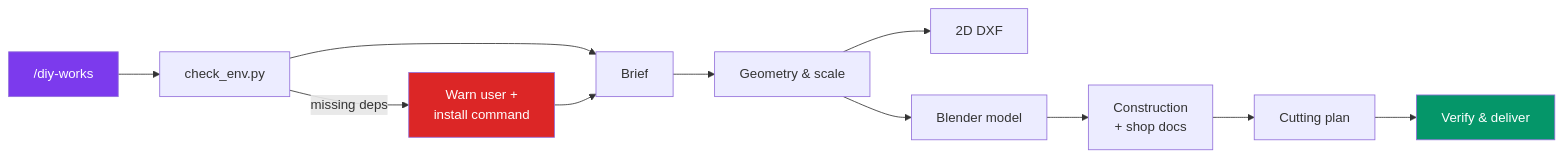
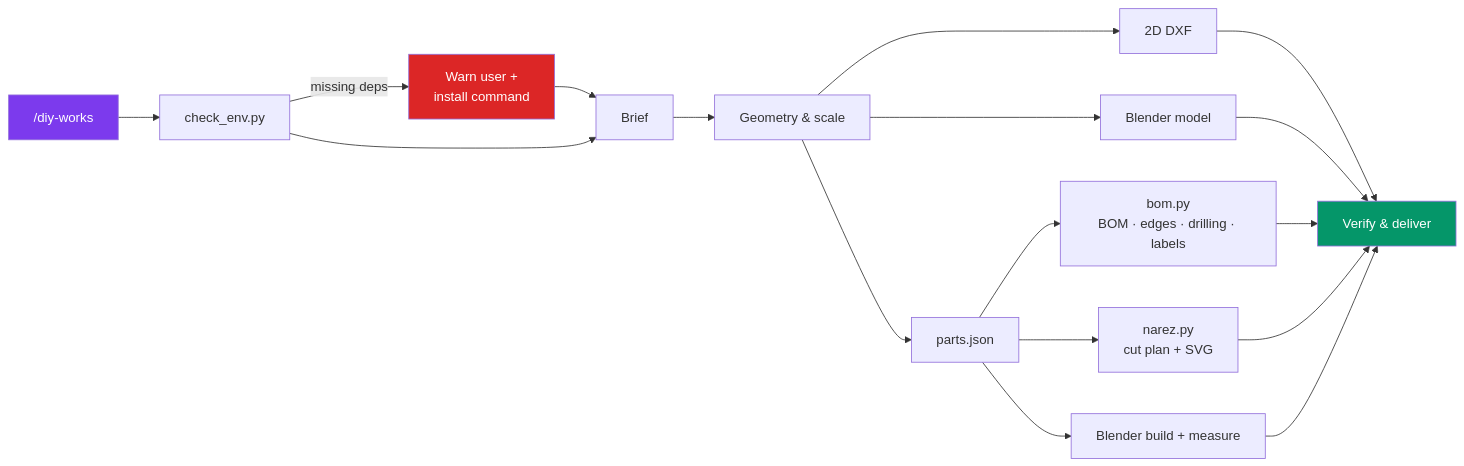
One commit to JakubKontra/skills changed the diagram in docs/diy-works.md. Above: the diagram before and after it, drawn with Mermaid. The commit also changed other lines of this file and 2 other files, not shown here.

First line of the commit message:
docs(diy-works): document parts.json workflow and add skills overview to README

````diff
--- a/docs/diy-works.md
+++ b/docs/diy-works.md
@@ -17,17 +19,23 @@
 ```mermaid
 flowchart LR
     A["/diy-works"] --> P["check_env.py"]
     P -->|"missing deps"| W["Warn user +<br/>install command"]
     P --> B["Brief"]
     W --> B
     B --> G["Geometry & scale"]
     G --> C["2D DXF"]
     G --> D["Blender model"]
-    D --> E["Construction<br/>+ shop docs"]
-    E --> F["Cutting plan"]
+    G --> E["parts.json"]
+    E --> BOM["bom.py<br/>BOM · edges · drilling · labels"]
+    E --> F["narez.py<br/>cut plan + SVG"]
+    E --> BL["Blender build + measure"]
+    BOM --> V
+    BL --> V
+    C --> V
+    D --> V
     F --> V["Verify & deliver"]
 
     style A fill:#7c3aed,color:#fff
     style W fill:#dc2626,color:#fff
     style V fill:#059669,color:#fff
 ```
````
